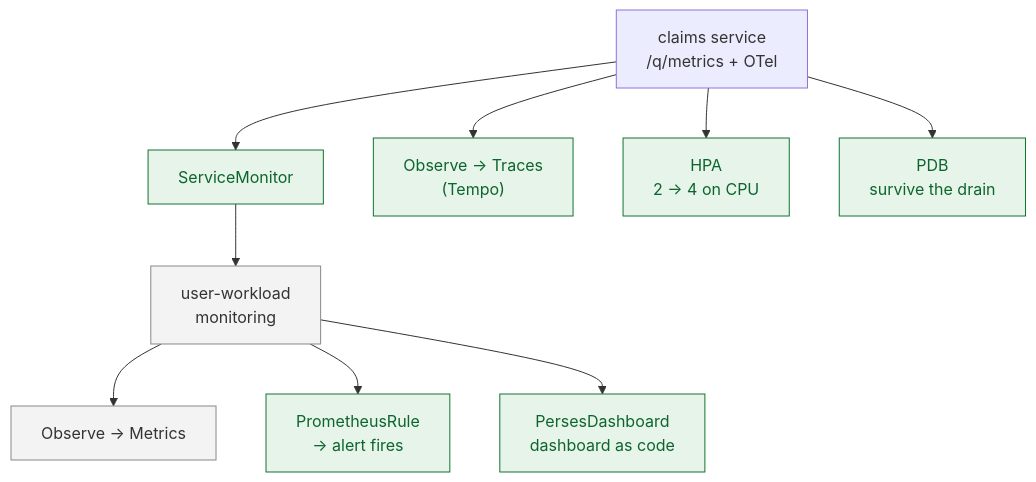
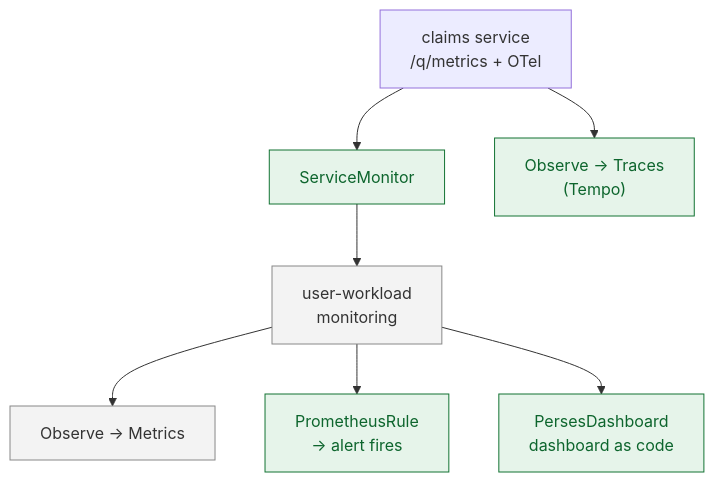
Before and after one commit to serhat-dirik/OCP-Getting-Started-Revamped: the diagram in content/modules/ROOT/examples/diagrams/observability-health-scale/05-what-you-built.mmd, drawn with Mermaid. The commit also changed 18 other files, not shown here.

First line of the commit message:
refactor(observability-health-scale): autoscaling moves to module 5, PDB stays with scheduling

```diff
--- a/content/modules/ROOT/examples/diagrams/observability-health-scale/05-what-you-built.mmd
+++ b/content/modules/ROOT/examples/diagrams/observability-health-scale/05-what-you-built.mmd
@@ -1,20 +1,18 @@
-%% What you built — Observability, Health & Scale.
+%% What you built — Observability: Metrics, Alerts, Dashboards & Traces.
 %% Everything the claims service gained this module: scraped metrics + a firing alert, a dashboard
-%% as code, a trace, CPU autoscaling, and a disruption budget.
+%% as code, and a trace.
 %% Resized 2026-08-22: was 716x445 intrinsic, rendering 900x559 at 1.26x text. Labels were already
 %% within the one-`<br/>` budget, so no label trimming was needed; the height came from `LR`
-%% stacking APP's four direct children (ServiceMonitor, traces, HPA, PDB) into four rows. Fix:
+%% stacking APP's direct children into rows. Fix:
 %% `flowchart TB` at top level — with no subgraph to re-group, TB alone spreads same-rank siblings
 %% into a row instead of a column.
 flowchart TB
   APP["claims service<br/>/q/metrics + OTel"] --> SM[ServiceMonitor] --> UWM[user-workload<br/>monitoring]
   UWM --> DASH[Observe -> Metrics]
   UWM --> AL["PrometheusRule<br/>-> alert fires"]
   UWM --> PD["PersesDashboard<br/>dashboard as code"]
   APP --> TR["Observe -> Traces<br/>(Tempo)"]
-  APP --> HPA["HPA<br/>2 -> 4 on CPU"]
-  APP --> PDB["PDB<br/>survive the drain"]
   classDef good fill:#e6f4ea,stroke:#137333,color:#0d652d;
   classDef plat fill:#f3f3f3,stroke:#888,color:#333;
-  class SM,AL,PD,HPA,PDB,TR good;
+  class SM,AL,PD,TR good;
   class UWM,DASH plat;
```
